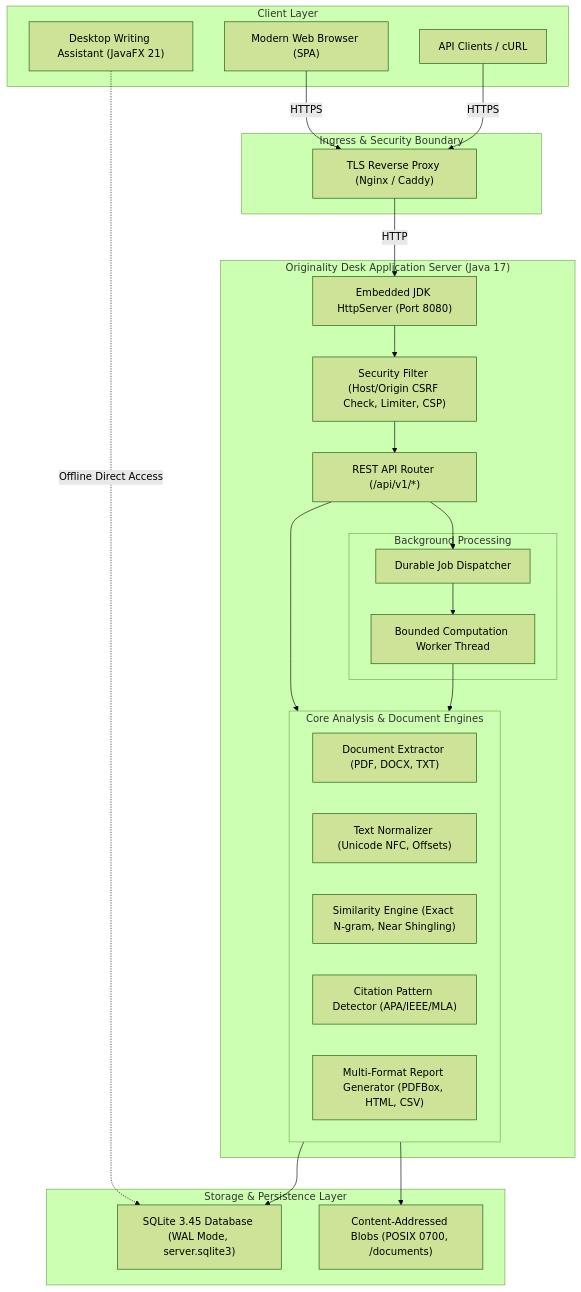
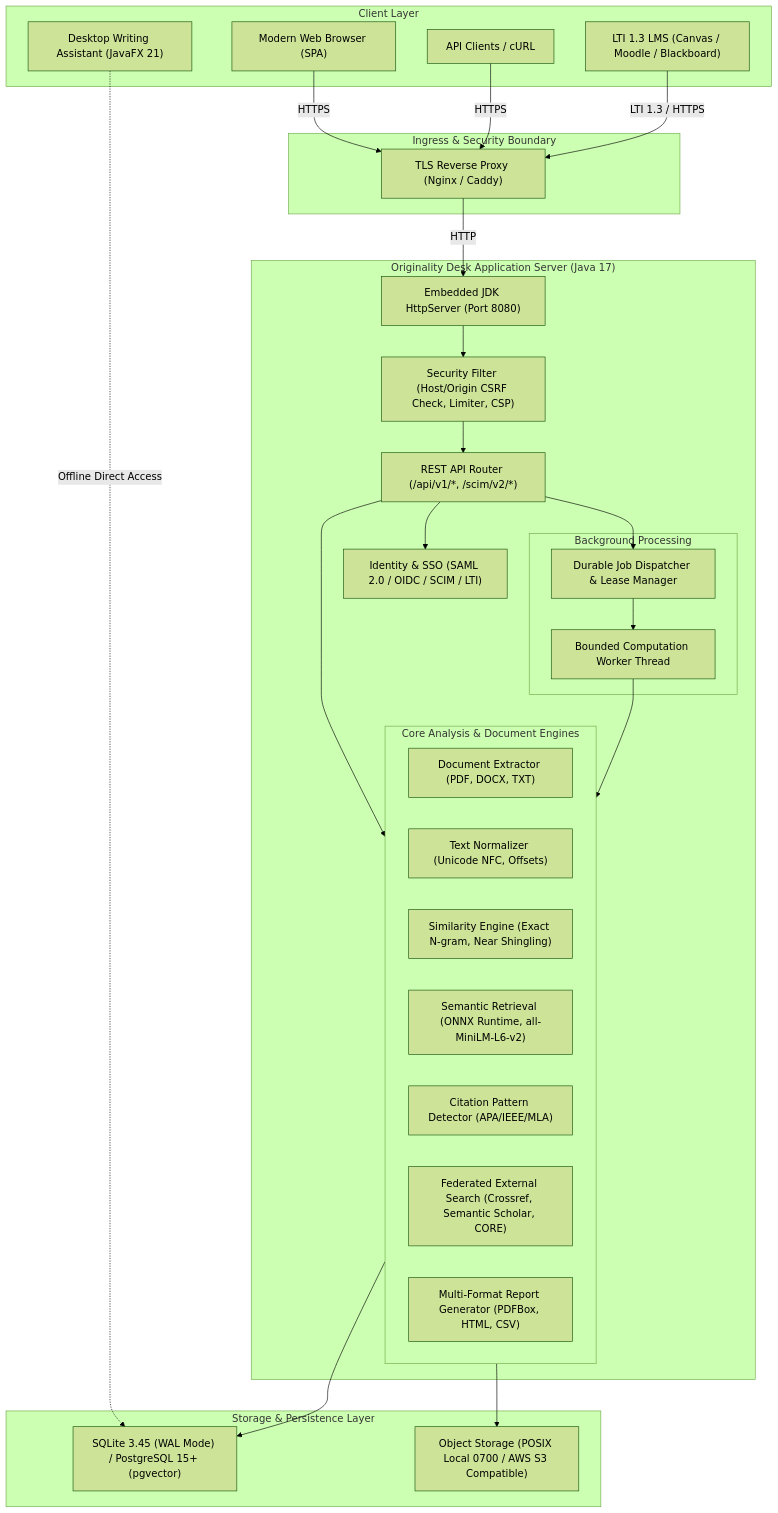
One commit to SadeeshaJayaweera/originality-desk changed the first of 6 diagrams in README.md. Above: the diagram before and after it, drawn with Mermaid (forest theme). The commit also changed other lines of this file, not shown here.

````diff
--- a/README.md
+++ b/README.md
@@ -71,49 +72,55 @@
 ```mermaid
 flowchart TD
     subgraph Clients ["Client Layer"]
         Browser["Modern Web Browser (SPA)"]
         CLI["API Clients / cURL"]
         DesktopApp["Desktop Writing Assistant (JavaFX 21)"]
+        LMS["LTI 1.3 LMS (Canvas / Moodle / Blackboard)"]
     end
 
     subgraph Ingress ["Ingress & Security Boundary"]
         ReverseProxy["TLS Reverse Proxy (Nginx / Caddy)"]
     end
 
     subgraph Server ["Originality Desk Application Server (Java 17)"]
         HttpListener["Embedded JDK HttpServer (Port 8080)"]
         SecurityFilter["Security Filter (Host/Origin CSRF Check, Limiter, CSP)"]
-        RestAPI["REST API Router (/api/v1/*)"]
+        RestAPI["REST API Router (/api/v1/*, /scim/v2/*)"]
+        IdentityService["Identity & SSO (SAML 2.0 / OIDC / SCIM / LTI)"]
         
         subgraph Core_Engines ["Core Analysis & Document Engines"]
             DocExtractor["Document Extractor (PDF, DOCX, TXT)"]
             TextNormalizer["Text Normalizer (Unicode NFC, Offsets)"]
             EvidenceEngine["Similarity Engine (Exact N-gram, Near Shingling)"]
+            SemanticEngine["Semantic Retrieval (ONNX Runtime, all-MiniLM-L6-v2)"]
             CitationDetector["Citation Pattern Detector (APA/IEEE/MLA)"]
+            ExternalSources["Federated External Search (Crossref, Semantic Scholar, CORE)"]
             ReportGen["Multi-Format Report Generator (PDFBox, HTML, CSV)"]
         end
 
         subgraph Background ["Background Processing"]
-            JobQueue["Durable Job Dispatcher"]
+            JobQueue["Durable Job Dispatcher & Lease Manager"]
             Worker["Bounded Computation Worker Thread"]
         end
     end
 
     subgraph Storage ["Storage & Persistence Layer"]
-        DB["SQLite 3.45 Database (WAL Mode, server.sqlite3)"]
-        BlobStore["Content-Addressed Blobs (POSIX 0700, /documents)"]
+        DB["SQLite 3.45 (WAL Mode) / PostgreSQL 15+ (pgvector)"]
+        BlobStore["Object Storage (POSIX Local 0700 / AWS S3 Compatible)"]
     end
 
     Browser -->|HTTPS| ReverseProxy
     CLI -->|HTTPS| ReverseProxy
+    LMS -->|LTI 1.3 / HTTPS| ReverseProxy
     ReverseProxy -->|HTTP| HttpListener
     HttpListener --> SecurityFilter
     SecurityFilter --> RestAPI
+    RestAPI --> IdentityService
     RestAPI --> Core_Engines
     RestAPI --> JobQueue
     JobQueue --> Worker
     Worker --> Core_Engines
     Core_Engines --> DB
     Core_Engines --> BlobStore
     DesktopApp -.->|Offline Direct Access| DB
 ```
````
